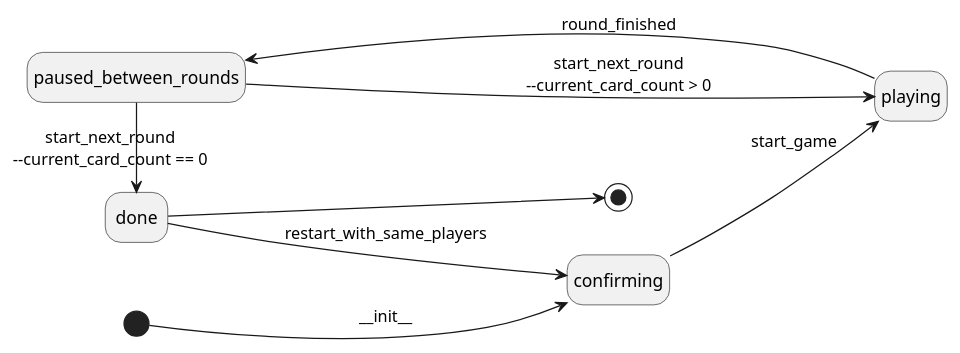
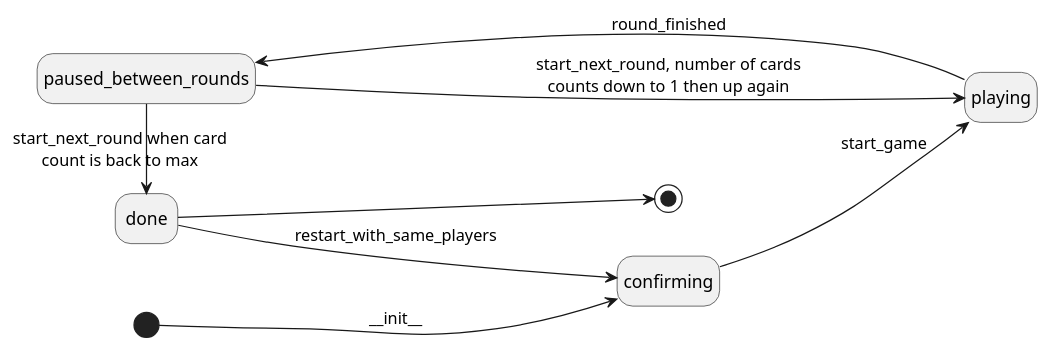
The second of 5 diagrams in README.org (pcrama/rikiki), drawn with PlantUML before and after one commit. The commit also changed other lines of this file and 7 other files, not shown here.

Commit message:
Update card dealing: first & last round without trump, counting down then up

```diff
--- a/README.org
+++ b/README.org
@@ -163,11 +183,11 @@
 #+BEGIN_SRC plantuml :file doc/models_game_state_diagram.png
   hide empty description
   left to right direction
   [*] --> confirming : _~_init~_~_
   confirming --> playing : start_game
   playing --> paused_between_rounds : round_finished
-  paused_between_rounds --> playing : start_next_round\n--current_card_count > 0
-  paused_between_rounds -> done : start_next_round\n--current_card_count == 0
+  paused_between_rounds --> playing : start_next_round, number of cards\ncounts down to 1 then up again
+  paused_between_rounds -> done : start_next_round when card\ncount is back to max
   done --> confirming : restart_with_same_players
   done --> [*]
 #+END_SRC
```
